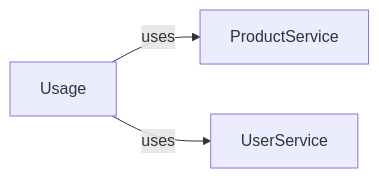
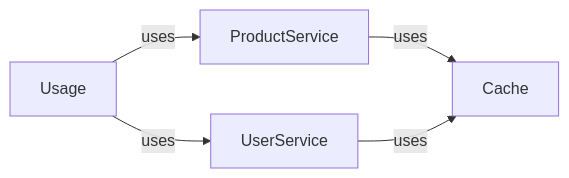
Before and after one commit to kevinchwong/rehearser-examples: the second of 2 diagrams in README.md, drawn with Mermaid. The commit also changed other lines of this file, not shown here.

Commit message:
Fix Quick Start

````diff
--- a/README.md
+++ b/README.md
@@ -27,6 +27,6 @@
 ```mermaid
 graph LR
 
-Usgae["Usage"] -- uses --> ProductService["ProductService"]
-Usgae["Usage"] -- uses --> UserService["UserService"]
+Usgae["Usage"] -- uses --> ProductService["ProductService"]-- uses -->C["Cache"]
+Usgae["Usage"] -- uses --> UserService["UserService"]-- uses -->C["Cache"]
 ```
````
